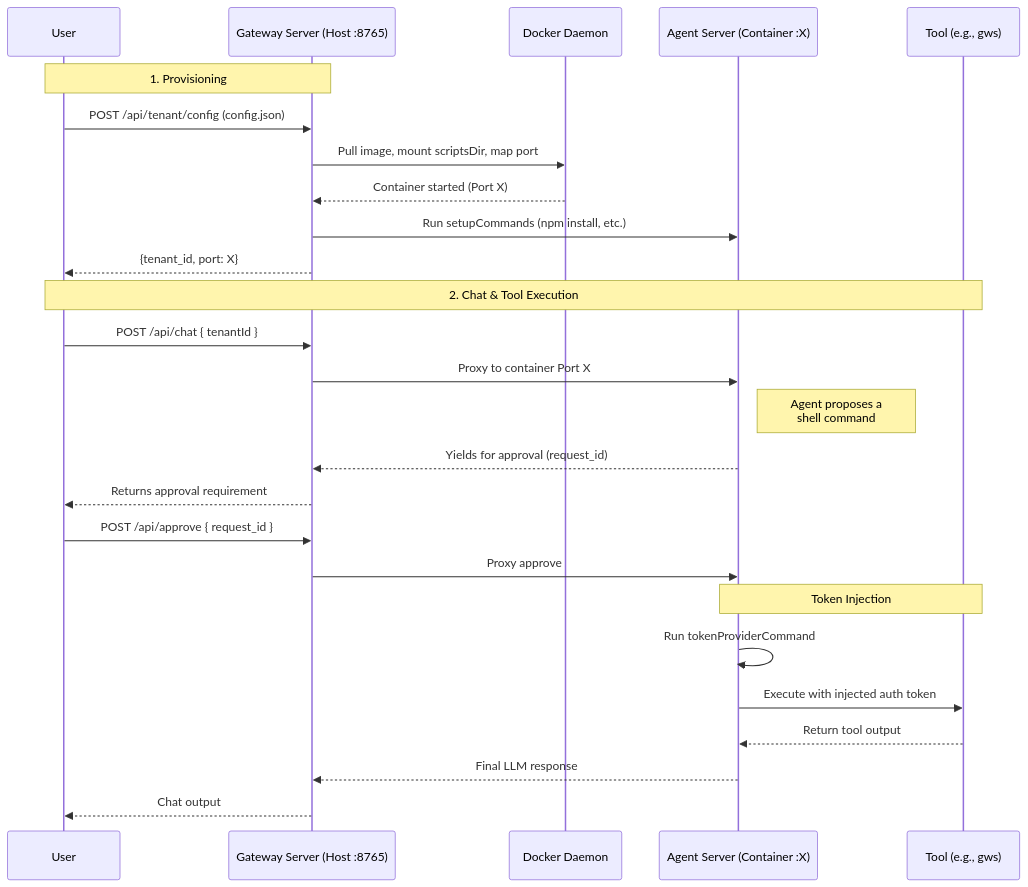
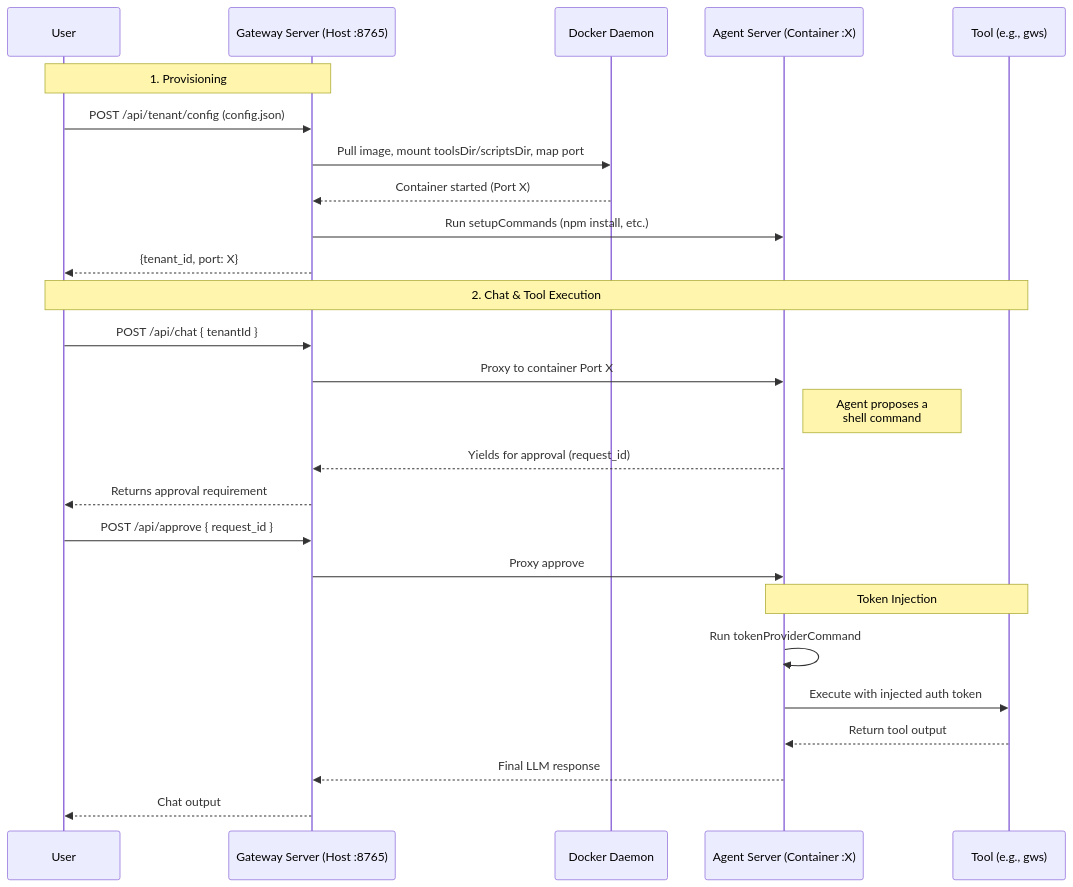
Before and after one commit to vinit-patel-athena/nanogate: the diagram in README.md, drawn with Mermaid. The commit also changed other lines of this file and 25 other files, not shown here.

````diff
--- a/README.md
+++ b/README.md
@@ -26,35 +26,35 @@
 ```mermaid
 sequenceDiagram
     participant User
     participant Gateway as Gateway Server (Host :8765)
     participant Docker as Docker Daemon
     participant Agent as Agent Server (Container :X)
     participant CLI as Tool (e.g., gws)
 
     %% Provisioning Phase
     Note over User,Gateway: 1. Provisioning
     User->>Gateway: POST /api/tenant/config (config.json)
-    Gateway->>Docker: Pull image, mount scriptsDir, map port
+    Gateway->>Docker: Pull image, mount toolsDir/scriptsDir, map port
     Docker-->>Gateway: Container started (Port X)
     Gateway->>Agent: Run setupCommands (npm install, etc.)
     Gateway-->>User: {tenant_id, port: X}
 
     %% Chat Phase
     Note over User,CLI: 2. Chat & Tool Execution
     User->>Gateway: POST /api/chat { tenantId }
     Gateway->>Agent: Proxy to container Port X
 
     Note right of Agent: Agent proposes a<br/>shell command
     Agent-->>Gateway: Yields for approval (request_id)
     Gateway-->>User: Returns approval requirement
 
     User->>Gateway: POST /api/approve { request_id }
     Gateway->>Agent: Proxy approve
 
     Note over Agent,CLI: Token Injection
     Agent->>Agent: Run tokenProviderCommand
     Agent->>CLI: Execute with injected auth token
     CLI-->>Agent: Return tool output
     Agent-->>Gateway: Final LLM response
     Gateway-->>User: Chat output
 ```
````
